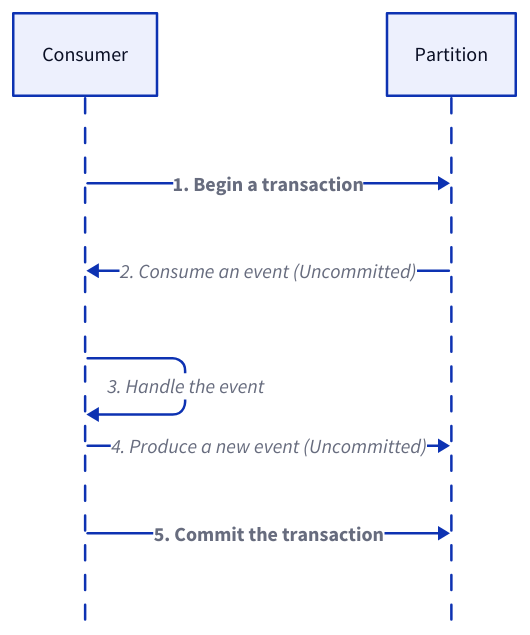
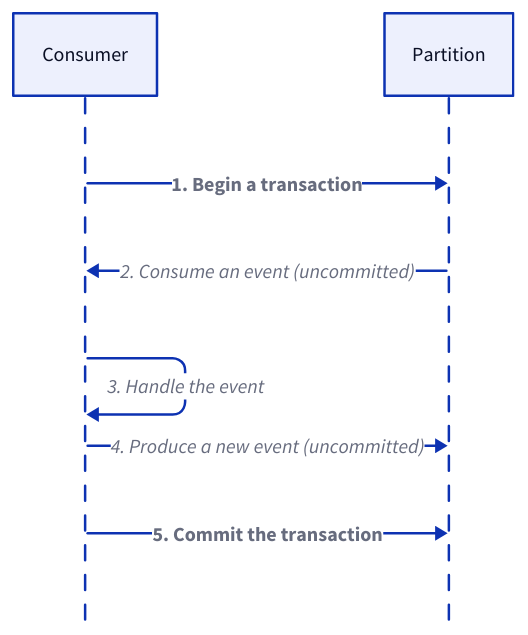
Diagram 12 of 14 in content/data-persistence/event-streaming-platform/delivery-semantics.md (link1905/system-design-101), drawn with D2 before and after one commit. The commit also changed other lines of this file and 42 other files, not shown here.

````diff
--- a/content/data-persistence/event-streaming-platform/delivery-semantics.md
+++ b/content/data-persistence/event-streaming-platform/delivery-semantics.md
@@ -319,18 +315,18 @@
 ```d2
 shape: sequence_diagram
 c: Consumer {
     class: client
 }
 q: Partition {
     class: mq
 }
 c -> q: 1. Begin a transaction {
     style.bold: true
 }
-q -> c: 2. Consume an event (Uncommitted)
+q -> c: 2. Consume an event (uncommitted)
 c -> c: 3. Handle the event
-c -> q: 4. Produce a new event (Uncommitted)
+c -> q: 4. Produce a new event (uncommitted)
 c -> q: 5. Commit the transaction {
     style.bold: true
 }
 ```
````
